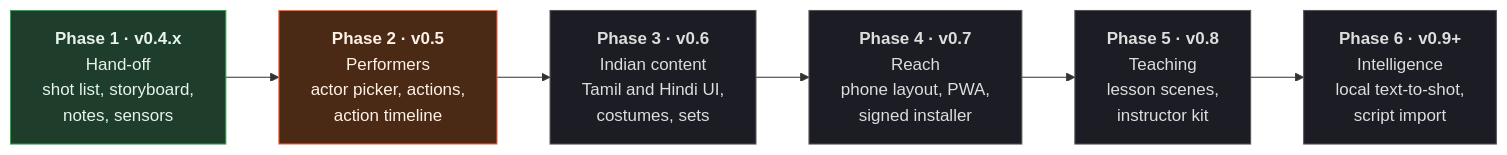
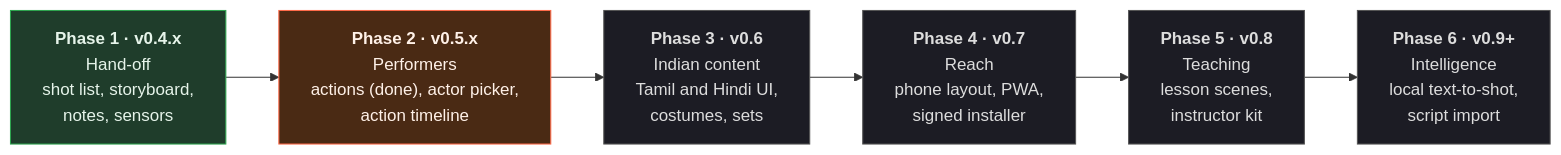
The second of 3 diagrams in README.md (yeshwanthguru/KALKI-simulator), drawn with Mermaid before and after one commit. The commit also changed other lines of this file and 19 other files, not shown here.

````diff
--- a/README.md
+++ b/README.md
@@ -124,13 +126,13 @@
 ```mermaid
 flowchart LR
     P1["<b>Phase 1 · v0.4.x</b><br/>Hand-off<br/>shot list, storyboard,<br/>notes, sensors"]:::done
-    P2["<b>Phase 2 · v0.5</b><br/>Performers<br/>actor picker, actions,<br/>action timeline"]:::next
+    P2["<b>Phase 2 · v0.5.x</b><br/>Performers<br/>actions (done), actor picker,<br/>action timeline"]:::next
     P3["<b>Phase 3 · v0.6</b><br/>Indian content<br/>Tamil and Hindi UI,<br/>costumes, sets"]:::todo
     P4["<b>Phase 4 · v0.7</b><br/>Reach<br/>phone layout, PWA,<br/>signed installer"]:::todo
     P5["<b>Phase 5 · v0.8</b><br/>Teaching<br/>lesson scenes,<br/>instructor kit"]:::todo
     P6["<b>Phase 6 · v0.9+</b><br/>Intelligence<br/>local text-to-shot,<br/>script import"]:::todo
     P1 --> P2 --> P3 --> P4 --> P5 --> P6
     classDef done fill:#1f3d2b,stroke:#2ea44f,color:#e6f4ea;
     classDef next fill:#4a2a14,stroke:#ff6b4a,color:#fff1e8;
     classDef todo fill:#1c1c24,stroke:#555,color:#ddd;
 ```
````
